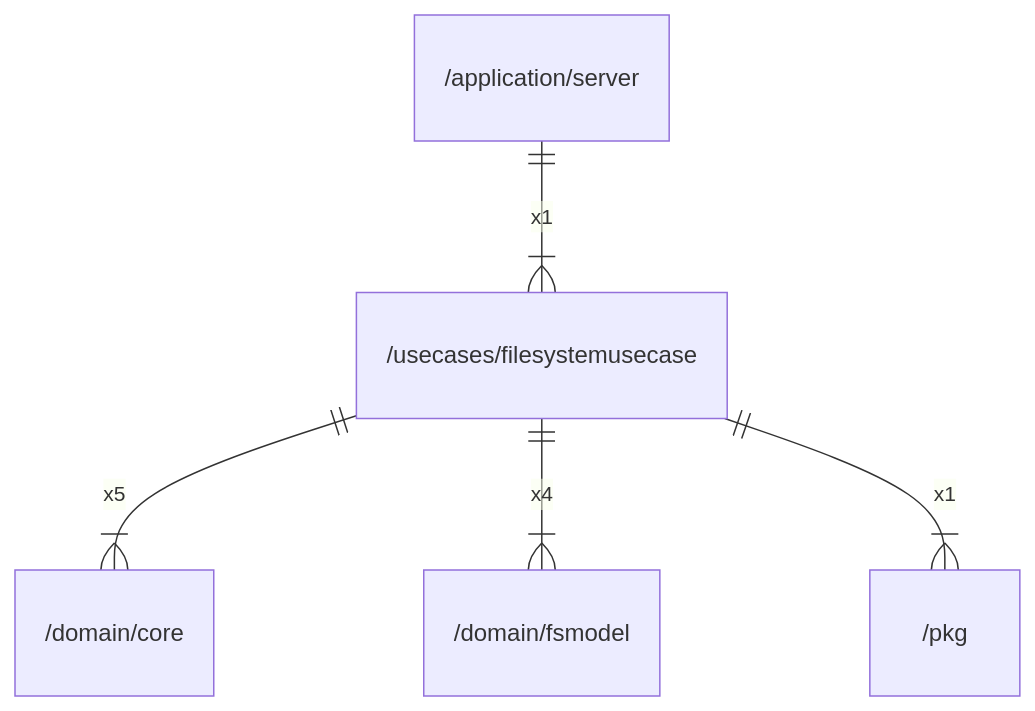
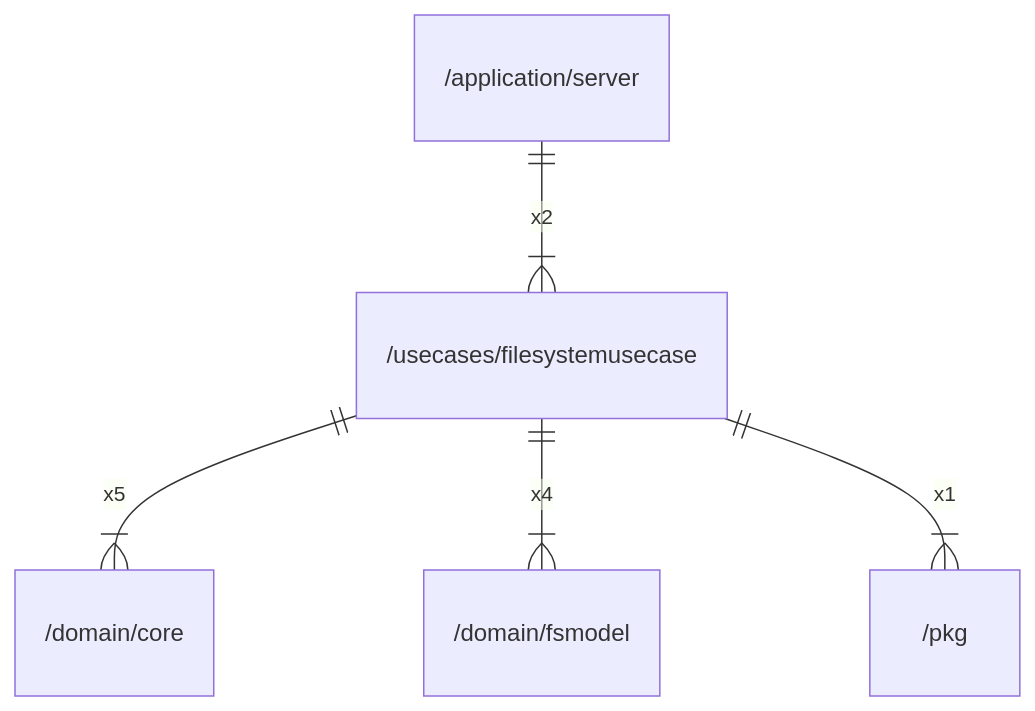
Before and after one commit to gbh007/hgraber-next: the diagram in docs/arch/usecases/filesystemusecase.md, drawn with Mermaid. The commit also changed 52 other files, not shown here.

````diff
--- a/docs/arch/usecases/filesystemusecase.md
+++ b/docs/arch/usecases/filesystemusecase.md
@@ -28,7 +28,7 @@
 ```mermaid
 erDiagram
-    "/application/server" ||--|{ "/usecases/filesystemusecase" : x1
+    "/application/server" ||--|{ "/usecases/filesystemusecase" : x2
     "/usecases/filesystemusecase" ||--|{ "/domain/core" : x5
     "/usecases/filesystemusecase" ||--|{ "/domain/fsmodel" : x4
     "/usecases/filesystemusecase" ||--|{ "/pkg" : x1
 ```
````
